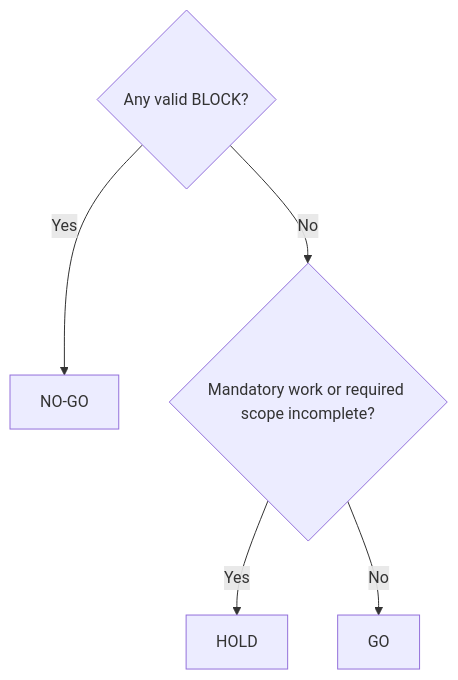
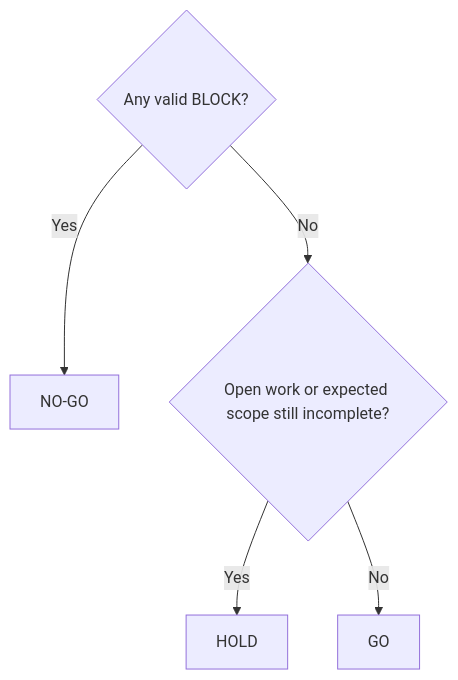
Before and after one commit to omrylcn/CDD: the fifth of 6 diagrams in cdd.md, drawn with Mermaid. The commit also changed other lines of this file and 18 other files, not shown here.

````diff
--- a/cdd.md
+++ b/cdd.md
@@ -565,8 +569,8 @@
 ```mermaid
 flowchart TD
     B{"Any valid BLOCK?"}
     B -->|Yes| N["NO-GO"]
-    B -->|No| Q{"Mandatory work or required scope incomplete?"}
+    B -->|No| Q{"Open work or expected scope still incomplete?"}
     Q -->|Yes| H["HOLD"]
     Q -->|No| G["GO"]
 ```
````
